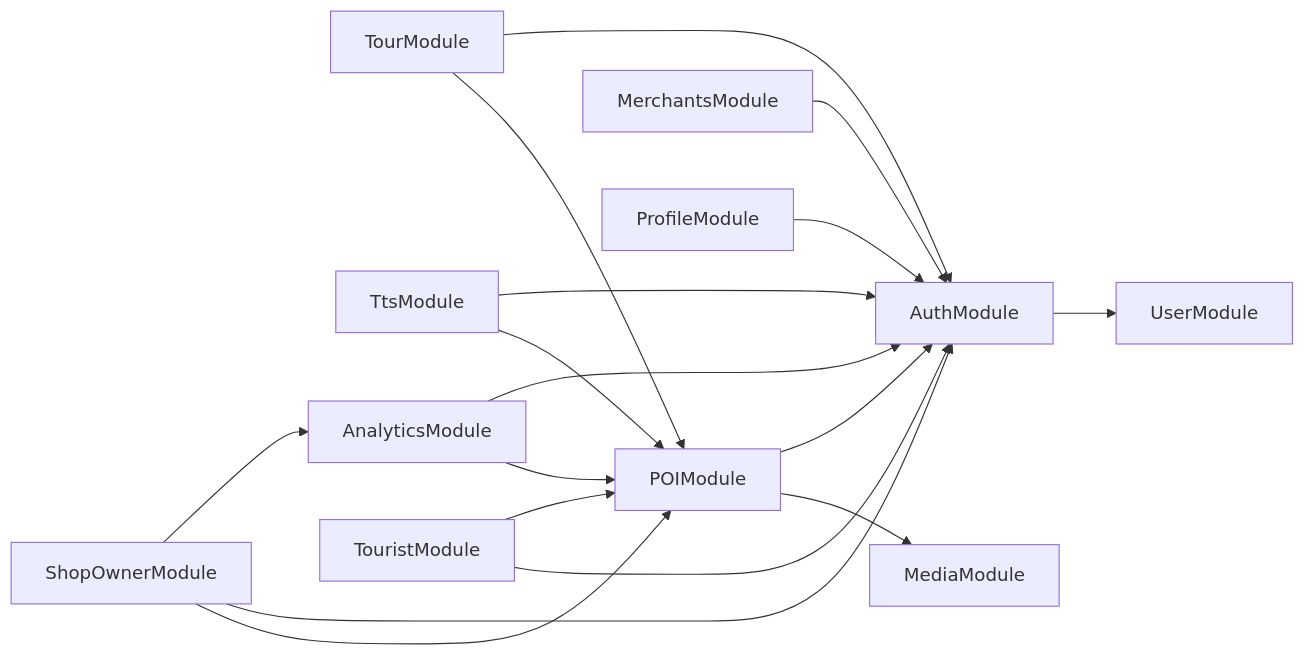
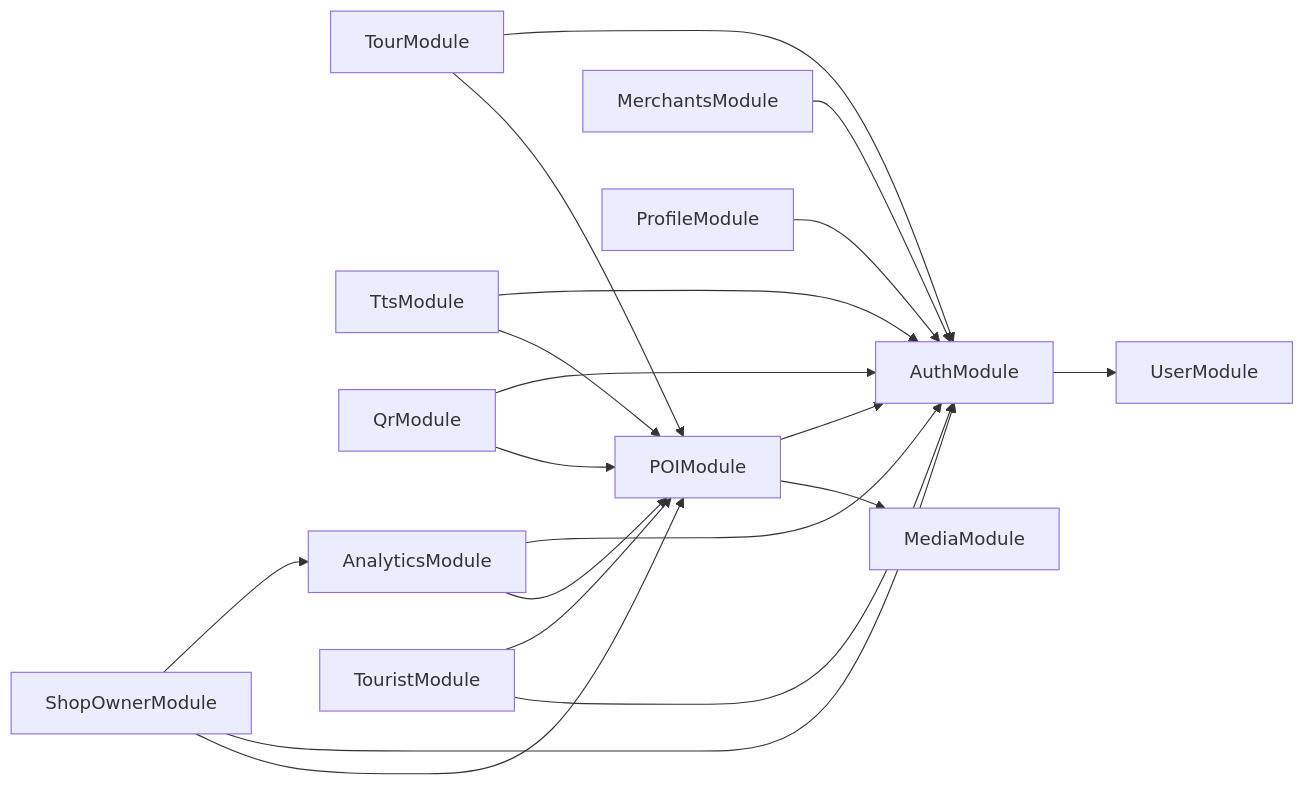
The fifth of 7 diagrams in docs/step3_prd/17_component_diagram.md (Ttuandatt/Seminar), drawn with Mermaid before and after one commit. The commit also changed other lines of this file and 15 other files, not shown here.

````diff
--- a/docs/step3_prd/17_component_diagram.md
+++ b/docs/step3_prd/17_component_diagram.md
@@ -317,19 +327,21 @@
 ```mermaid
 graph LR
     AuthMod2["AuthModule"] --> UserMod2["UserModule"]
     POIMod2["POIModule"] --> MediaMod2["MediaModule"]
     POIMod2 --> AuthMod2
     TourMod2["TourModule"] --> POIMod2
     TourMod2 --> AuthMod2
     TtsMod2["TtsModule"] --> POIMod2
     TtsMod2 --> AuthMod2
+    QrMod2["QrModule"] --> POIMod2
+    QrMod2 --> AuthMod2
     AnalyticsMod2["AnalyticsModule"] --> POIMod2
     AnalyticsMod2 --> AuthMod2
     ShopMod["ShopOwnerModule"] --> POIMod2
     ShopMod --> AuthMod2
     ShopMod --> AnalyticsMod2
     MerchantsMod2["MerchantsModule"] --> AuthMod2
     ProfileMod2["ProfileModule"] --> AuthMod2
     TouristMod2["TouristModule"] --> AuthMod2
     TouristMod2 --> POIMod2
 ```
````
